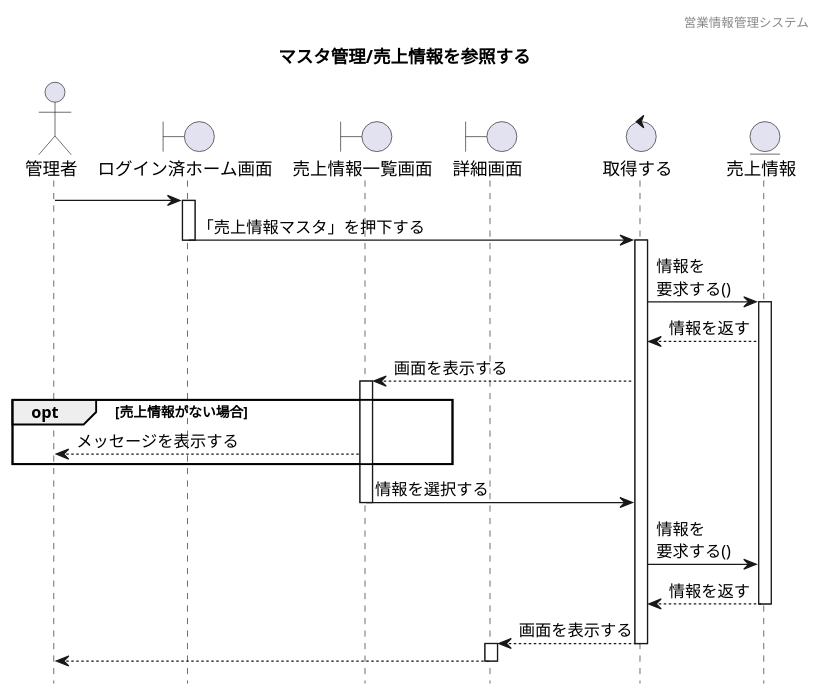
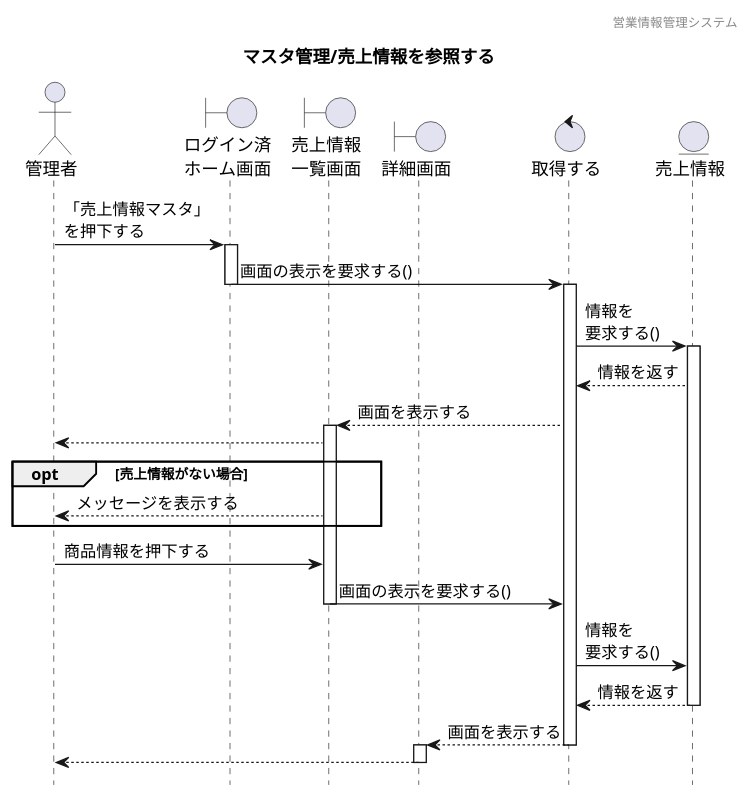
One commit to HaruShim/Sotuken changed the diagram in 各種設計書/4シーケンス図/マスタ管理/6.売上情報マスタ/売上情報管理_参照.plantuml. Above: the diagram before and after it, drawn with PlantUML. The commit also changed 2 other files, not shown here.

```diff
--- a/各種設計書/4シーケンス図/マスタ管理/6.売上情報マスタ/売上情報管理_参照.plantuml
+++ b/各種設計書/4シーケンス図/マスタ管理/6.売上情報マスタ/売上情報管理_参照.plantuml
@@ -1,45 +1,47 @@
 @startuml sequence
 
 hide footbox
 header 営業情報管理システム
 title マスタ管理/売上情報を参照する
 
 ' actor "" as a
 actor "管理者" as a1
 
 ' boundary "" as b
-boundary "ログイン済ホーム画面" as b1
-boundary "売上情報一覧画面" as b2
+boundary "ログイン済\nホーム画面" as b1
+boundary "売上情報\n一覧画面" as b2
 boundary "詳細画面" as b3
 
 ' control "" as c
 control "取得する" as c1
 
 ' entity "" as e
 entity "売上情報" as e1
 
-a1 -> b1
+a1 -> b1 :「売上情報マスタ」\nを押下する
 activate b1
-b1 -> c1: 「売上情報マスタ」を押下する
+b1 -> c1 : 画面の表示を要求する()
 deactivate b1
 activate c1
 c1 -> e1: 情報を\n要求する()
 activate e1
 e1 --> c1: 情報を返す
 c1 --> b2: 画面を表示する
 activate b2
+b2 --> a1
 opt 売上情報がない場合
 b2 --> a1 : メッセージを表示する
 end
-b2 -> c1: 情報を選択する
+a1 -> b2 : 商品情報を押下する
+b2 -> c1: 画面の表示を要求する()
 deactivate b2
 c1 -> e1:情報を\n要求する()
 e1 --> c1:情報を返す
 deactivate e1
 c1 --> b3:画面を表示する
 deactivate c1
 activate b3
 b3 --> a1
 deactivate b3
 
 @enduml
```
